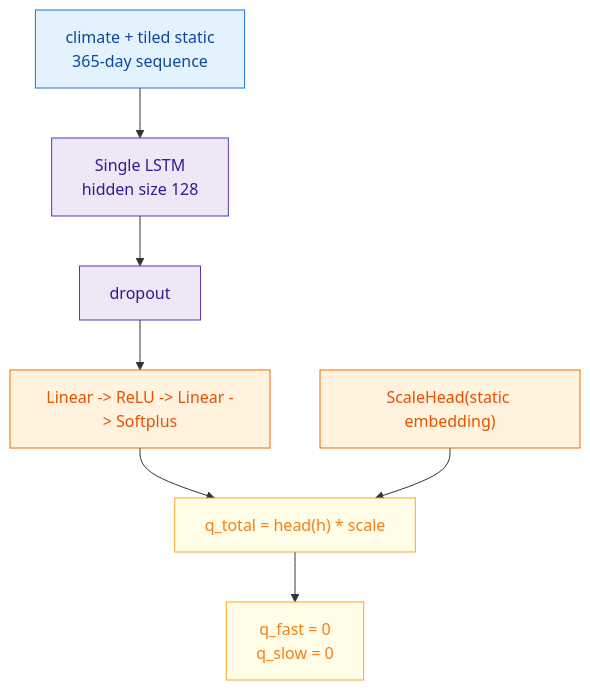
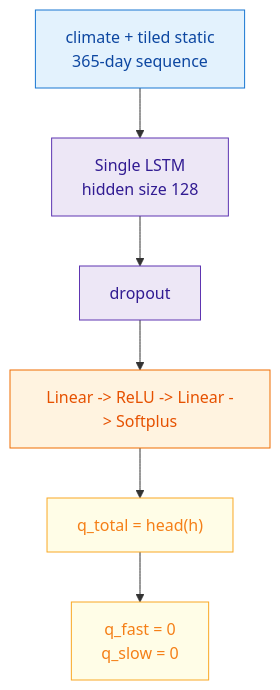
Before and after one commit to wyattarnold/neuralhyd-ca: the third of 6 diagrams in docs/models/lstm.md, drawn with Mermaid. The commit also changed other lines of this file and 7 other files, not shown here.

````diff
--- a/docs/models/lstm.md
+++ b/docs/models/lstm.md
@@ -225,19 +215,17 @@
 ```mermaid
 flowchart TD
     X["climate + tiled static<br/>365-day sequence"]:::input
     LSTM["Single LSTM<br/>hidden size 128"]:::seq
     Drop["dropout"]:::seq
     Head["Linear -> ReLU -> Linear -> Softplus"]:::head
-    Scale["ScaleHead(static embedding)"]:::head
-    Q["q_total = head(h) * scale"]:::output
+    Q["q_total = head(h)"]:::output
     Z["q_fast = 0<br/>q_slow = 0"]:::output
 
     X --> LSTM --> Drop --> Head --> Q
-    Scale --> Q
     Q --> Z
 
     classDef input fill:#e3f2fd,stroke:#1976d2,color:#0d47a1
     classDef seq fill:#ede7f6,stroke:#5e35b1,color:#311b92
     classDef head fill:#fff3e0,stroke:#ef6c00,color:#e65100
     classDef output fill:#fffde7,stroke:#f9a825,color:#f57f17
 ```
````
